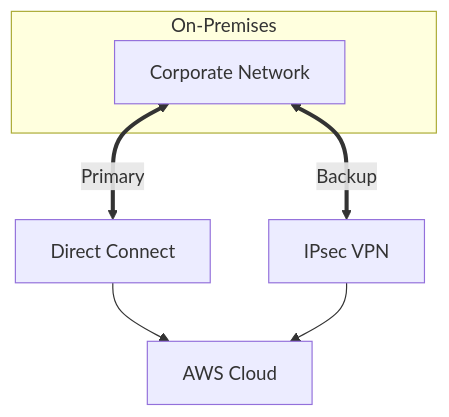
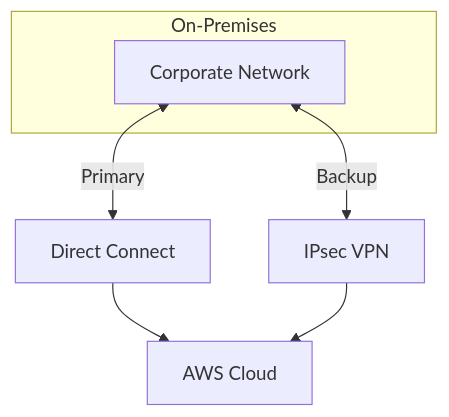
One commit to ReginRavi/AIP-C01 changed diagram 31 of 39 in 1.1 AWS — Evaluating Connectivity Options for On-Premises, Co-Location & Cloud Integration.md. Above: the diagram before and after it, drawn with Mermaid. The commit also changed other lines of this file, not shown here.

Commit message:
Fix Mermaid diagram syntax in 1.1 Evaluating Connectivity Options

````diff
--- a/1.1 AWS — Evaluating Connectivity Options for On-Premises, Co-Location & Cloud Integration.md
+++ b/1.1 AWS — Evaluating Connectivity Options for On-Premises, Co-Location & Cloud Integration.md
@@ -844,9 +850,11 @@
 ```mermaid
 flowchart TD
-    subgraph OnPrem["On-Premises"]
+    subgraph OnPrem ["On-Premises"]
         Corp["Corporate Network"]
     end
 
-    Corp <== "Primary" ==> DX["Direct Connect"] --> AWS["AWS Cloud"]
-    Corp <== "Backup" ==> VPN["IPsec VPN"] --> AWS
+    Corp <-->|"Primary"| DX["Direct Connect"]
+    DX --> AWS["AWS Cloud"]
+    Corp <-->|"Backup"| VPN["IPsec VPN"]
+    VPN --> AWS
 ```
````
